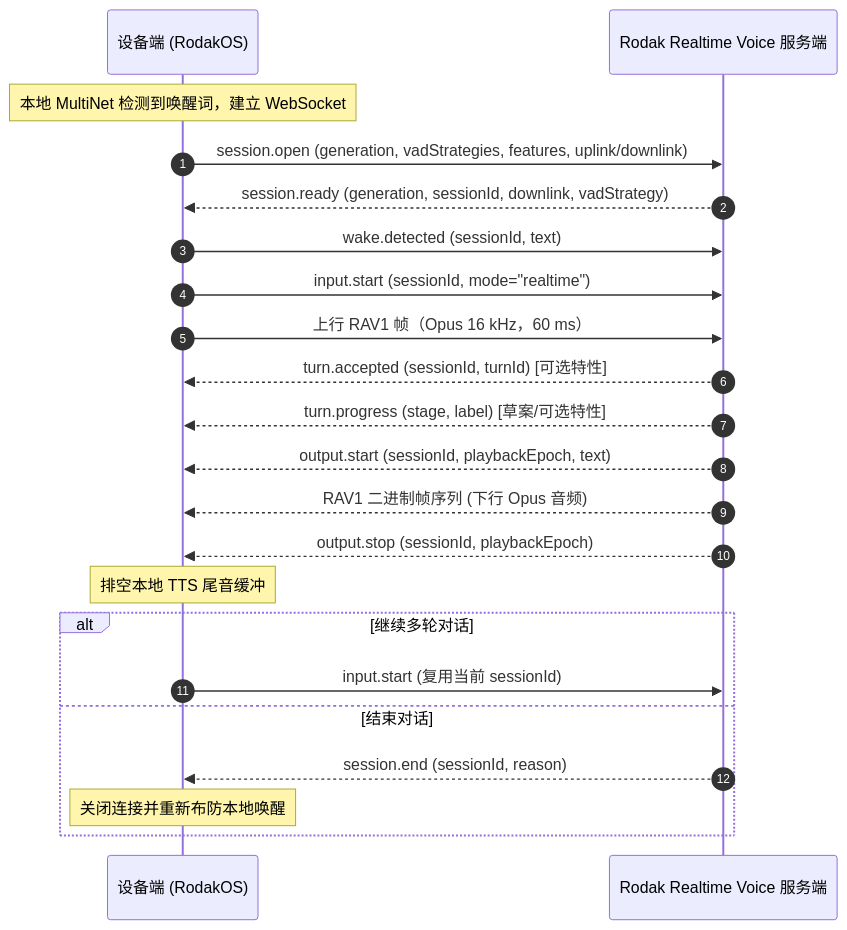
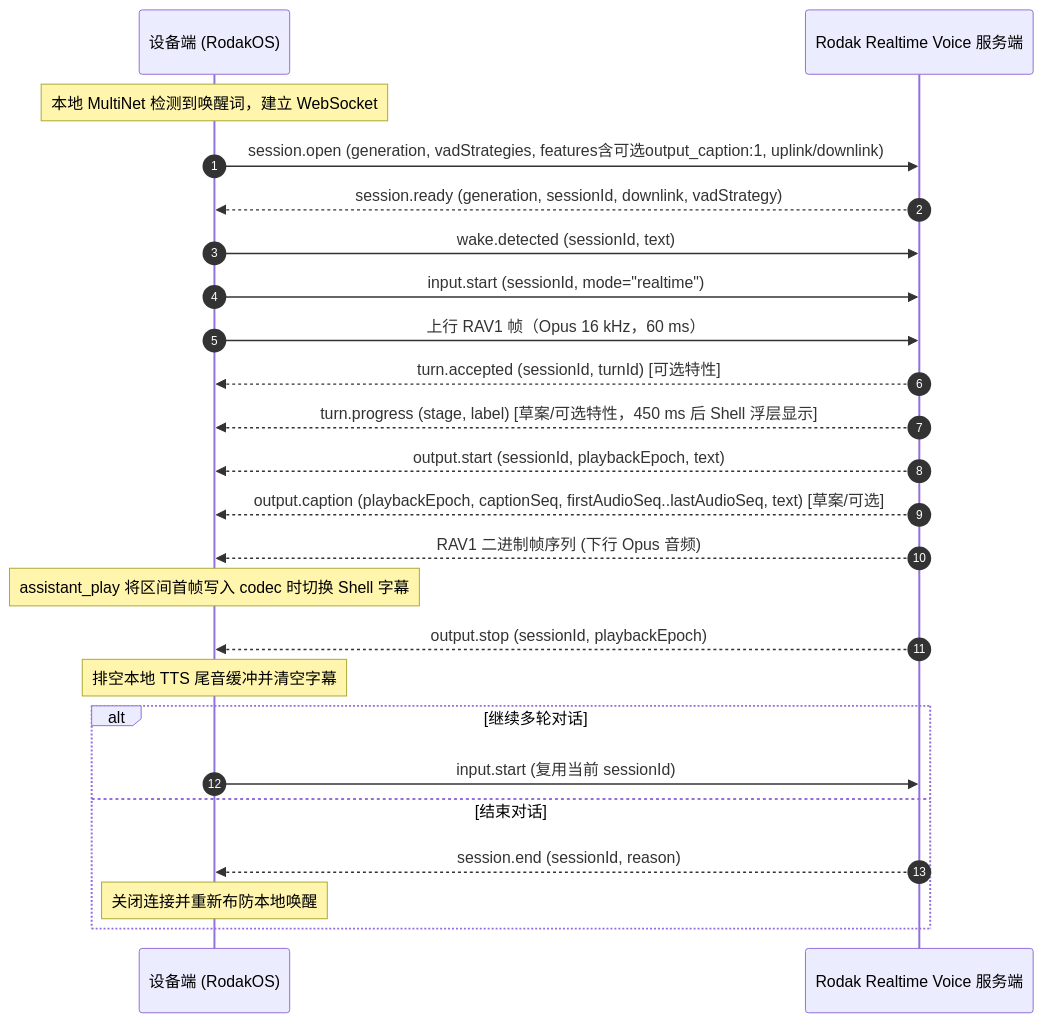
One commit to rymcu/rodakos changed the first of 2 diagrams in articles/06_rodak_realtime_voice_v1_audio_rav1_vad_and_announce.md. Above: the diagram before and after it, drawn with Mermaid. The commit also changed other lines of this file and 13 other files, not shown here.

````diff
--- a/articles/06_rodak_realtime_voice_v1_audio_rav1_vad_and_announce.md
+++ b/articles/06_rodak_realtime_voice_v1_audio_rav1_vad_and_announce.md
@@ -54,25 +82,27 @@
 ```mermaid
 sequenceDiagram
     autonumber
     participant Dev as 设备端 (RodakOS)
     participant Srv as Rodak Realtime Voice 服务端
 
     Note over Dev: 本地 MultiNet 检测到唤醒词，建立 WebSocket
-    Dev->>Srv: session.open (generation, vadStrategies, features, uplink/downlink)
+    Dev->>Srv: session.open (generation, vadStrategies, features含可选output_caption:1, uplink/downlink)
     Srv-->>Dev: session.ready (generation, sessionId, downlink, vadStrategy)
     Dev->>Srv: wake.detected (sessionId, text)
     Dev->>Srv: input.start (sessionId, mode="realtime")
     Dev->>Srv: 上行 RAV1 帧（Opus 16 kHz，60 ms）
     Srv-->>Dev: turn.accepted (sessionId, turnId) [可选特性]
-    Srv-->>Dev: turn.progress (stage, label) [草案/可选特性]
+    Srv-->>Dev: turn.progress (stage, label) [草案/可选特性，450 ms 后 Shell 浮层显示]
     Srv-->>Dev: output.start (sessionId, playbackEpoch, text)
+    Srv-->>Dev: output.caption (playbackEpoch, captionSeq, firstAudioSeq..lastAudioSeq, text) [草案/可选]
     Srv-->>Dev: RAV1 二进制帧序列 (下行 Opus 音频)
+    Note over Dev: assistant_play 将区间首帧写入 codec 时切换 Shell 字幕
     Srv-->>Dev: output.stop (sessionId, playbackEpoch)
-    Note over Dev: 排空本地 TTS 尾音缓冲
+    Note over Dev: 排空本地 TTS 尾音缓冲并清空字幕
     alt 继续多轮对话
         Dev->>Srv: input.start (复用当前 sessionId)
     else 结束对话
         Srv-->>Dev: session.end (sessionId, reason)
         Note over Dev: 关闭连接并重新布防本地唤醒
     end
 ```
````
